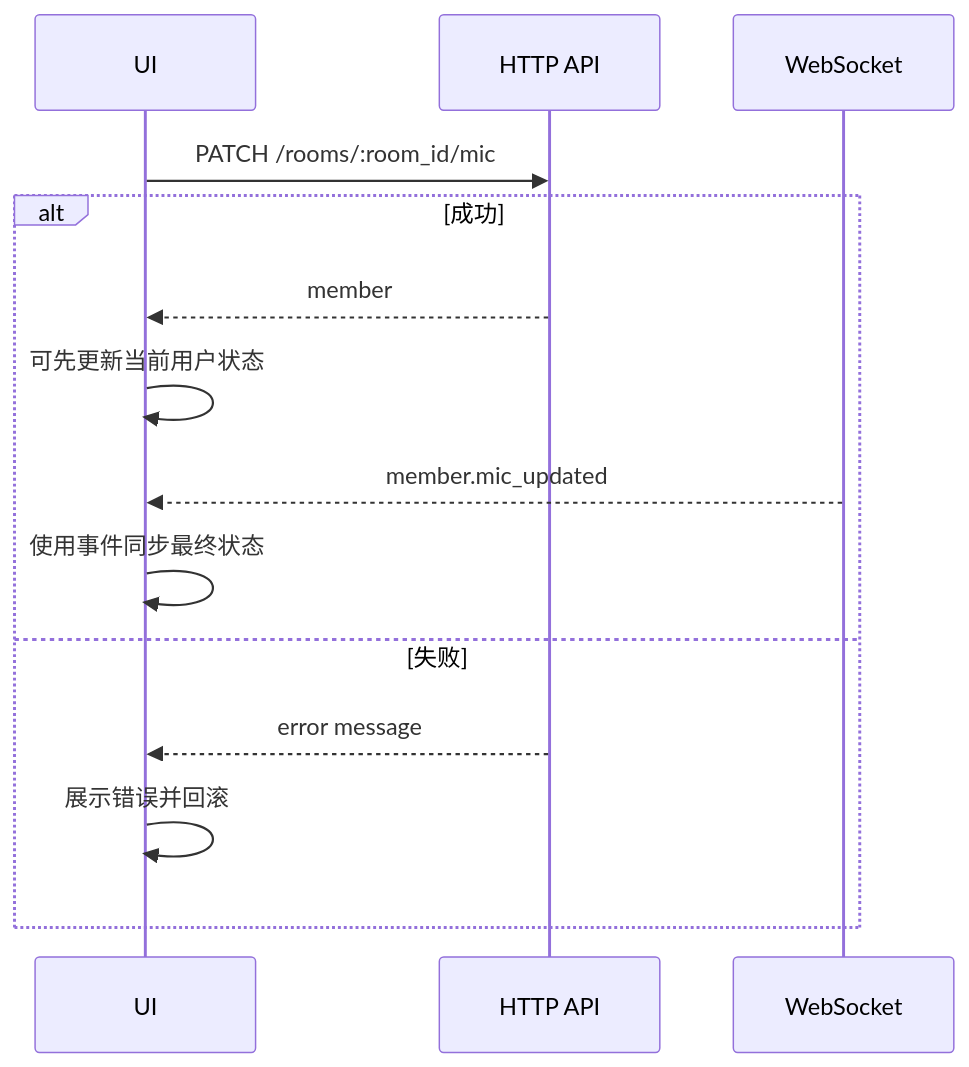
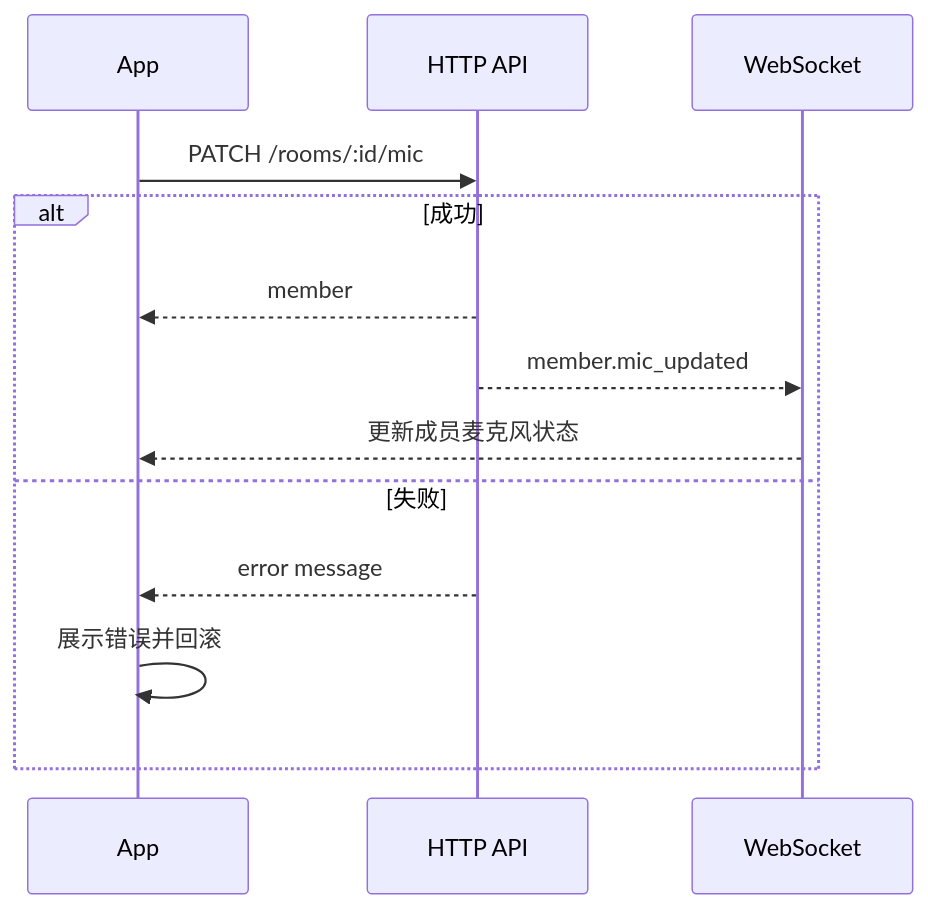
One commit to DancingCodes/room-app changed the seventh of 8 diagrams in docs/客户端逻辑设计.md. Above: the diagram before and after it, drawn with Mermaid. The commit also changed other lines of this file and 9 other files, not shown here.

````diff
--- a/docs/客户端逻辑设计.md
+++ b/docs/客户端逻辑设计.md
@@ -151,17 +112,16 @@
 ```mermaid
 sequenceDiagram
-    participant UI
+    participant UI as App
     participant Api as HTTP API
     participant WS as WebSocket
 
-    UI->>Api: PATCH /rooms/:room_id/mic
+    UI->>Api: PATCH /rooms/:id/mic
     alt 成功
         Api-->>UI: member
-        UI->>UI: 可先更新当前用户状态
-        WS-->>UI: member.mic_updated
-        UI->>UI: 使用事件同步最终状态
+        Api-->>WS: member.mic_updated
+        WS-->>UI: 更新成员麦克风状态
     else 失败
         Api-->>UI: error message
         UI->>UI: 展示错误并回滚
     end
 ```
````
